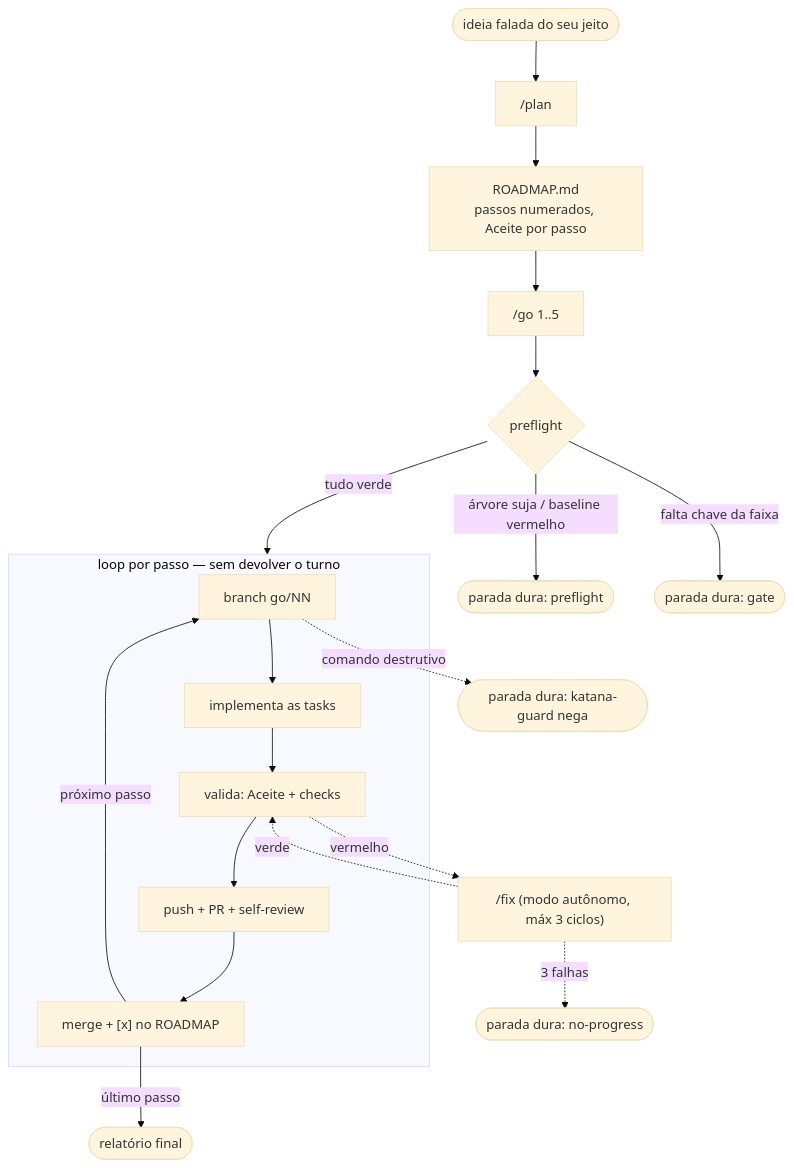
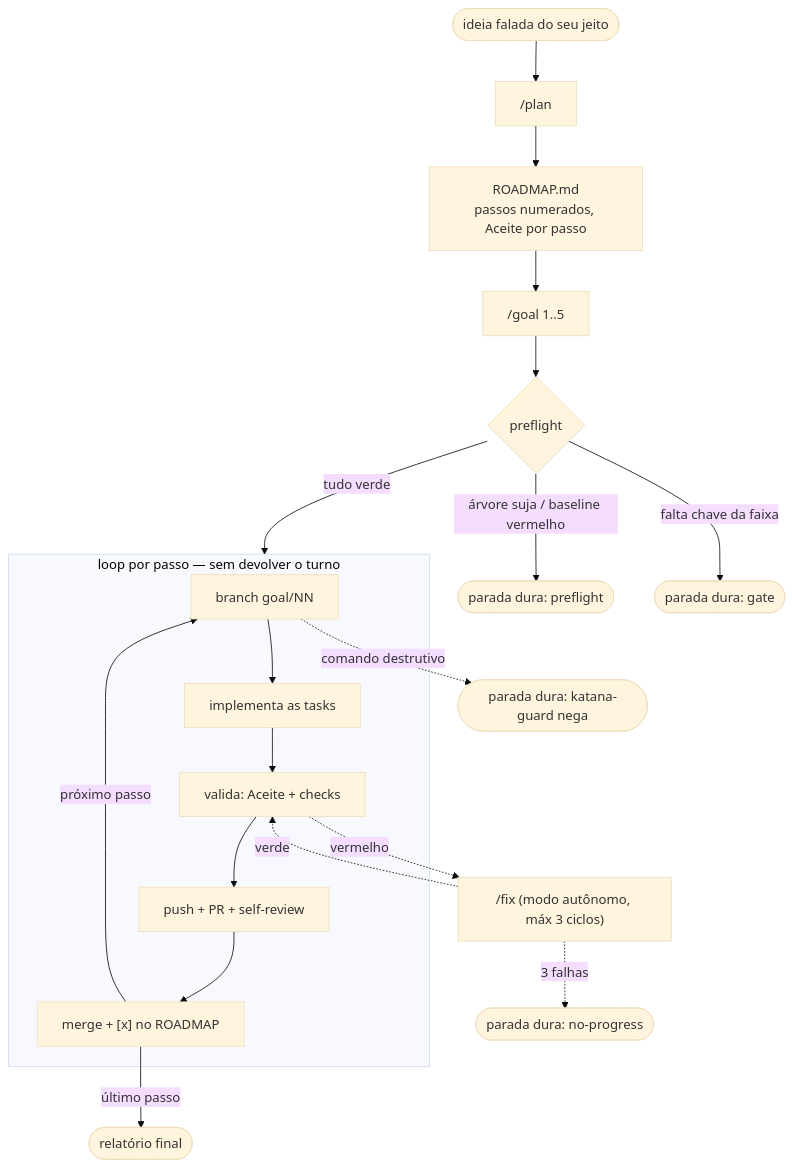
One commit to Marcelover777/katana changed the diagram in README.md. Above: the diagram before and after it, drawn with Mermaid (base theme). The commit also changed other lines of this file and 26 other files, not shown here.

````diff
--- a/README.md
+++ b/README.md
@@ -18,22 +18,22 @@
 ```mermaid
 flowchart TD
     A([ideia falada do seu jeito]) --> P["/plan"]
     P --> R["ROADMAP.md<br/>passos numerados, Aceite por passo"]
-    R --> G["/go 1..5"]
+    R --> G["/goal 1..5"]
     G --> PF{preflight}
     PF -->|árvore suja / baseline vermelho| S1([parada dura: preflight])
     PF -->|falta chave da faixa| S2([parada dura: gate])
     PF -->|tudo verde| L
     subgraph L["loop por passo — sem devolver o turno"]
-        B["branch go/NN"] --> I[implementa as tasks]
+        B["branch goal/NN"] --> I[implementa as tasks]
         I --> V["valida: Aceite + checks"]
         V --> PR["push + PR + self-review"]
         PR --> M["merge + [x] no ROADMAP"]
     end
     M -->|próximo passo| B
     M -->|último passo| REL(["relatório final"])
     V -.->|vermelho| F["/fix (modo autônomo, máx 3 ciclos)"]
     F -.->|verde| V
     F -.->|3 falhas| S3([parada dura: no-progress])
     B -.->|comando destrutivo| S4([parada dura: katana-guard nega])
 ```
````
